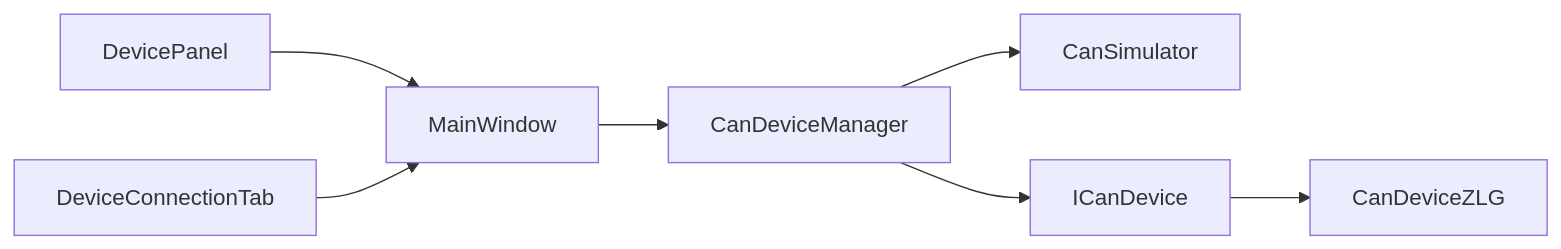
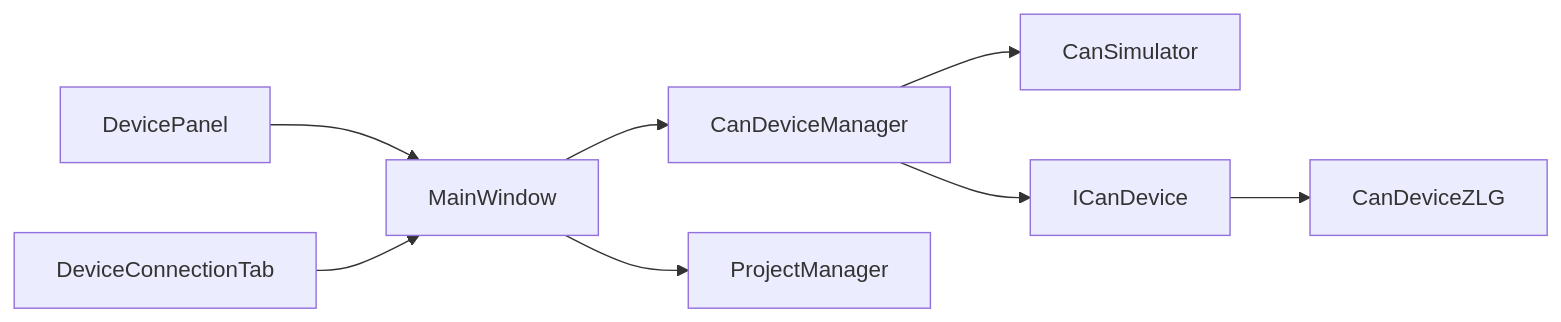
The fifth of 5 diagrams in .qoder/repowiki/zh/content/架构设计/UI系统设计/设备连接界面.md (jakecai1225-design/OpenBus), drawn with Mermaid before and after one commit. The commit also changed other lines of this file and 9 other files, not shown here.

````diff
--- a/.qoder/repowiki/zh/content/架构设计/UI系统设计/设备连接界面.md
+++ b/.qoder/repowiki/zh/content/架构设计/UI系统设计/设备连接界面.md
@@ -312,9 +345,10 @@
 ```mermaid
 graph LR
 DP["DevicePanel"] --> MW["MainWindow"]
 DCT["DeviceConnectionTab"] --> MW
 MW --> CDM["CanDeviceManager"]
+MW --> PM["ProjectManager"]
 CDM --> SIM["CanSimulator"]
 CDM --> IFACE["ICanDevice"]
 IFACE --> ZLG["CanDeviceZLG"]
 ```
````
